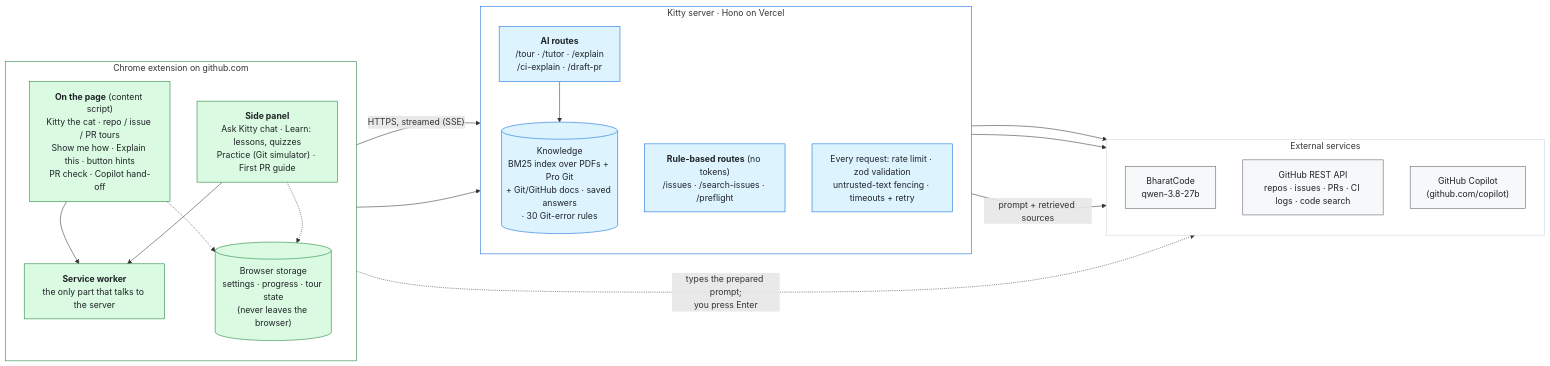
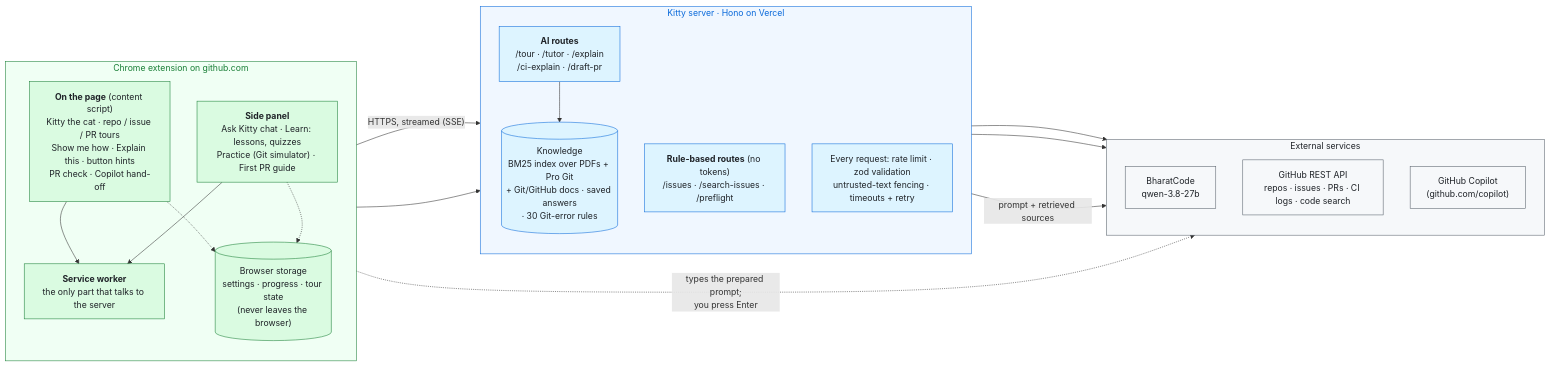
Before and after one commit to Krish6115/GitxGithub: the diagram in kitty/README.md, drawn with Mermaid.

Commit message:
docs: architecture diagram group titles visible in dark mode

````diff
--- a/kitty/README.md
+++ b/kitty/README.md
@@ -52,47 +52,47 @@
 ```mermaid
 flowchart LR
   subgraph EXT["Chrome extension on github.com"]
     direction TB
     CS["<b>On the page</b> (content script)<br/>Kitty the cat · repo / issue / PR tours<br/>Show me how · Explain this · button hints<br/>PR check · Copilot hand-off"]
     SP["<b>Side panel</b><br/>Ask Kitty chat · Learn: lessons, quizzes<br/>Practice (Git simulator) · First PR guide"]
     LOCAL[("Browser storage<br/>settings · progress · tour state<br/>(never leaves the browser)")]
     SW["<b>Service worker</b><br/>the only part that talks to the server"]
     CS --> SW
     SP --> SW
     CS -.-> LOCAL
     SP -.-> LOCAL
   end
 
   subgraph SRV["Kitty server · Hono on Vercel"]
     direction TB
     AI["<b>AI routes</b><br/>/tour · /tutor · /explain<br/>/ci-explain · /draft-pr"]
     RULES["<b>Rule-based routes</b> (no tokens)<br/>/issues · /search-issues · /preflight"]
     RAG[("Knowledge<br/>BM25 index over PDFs + Pro Git<br/>+ Git/GitHub docs · saved answers<br/>· 30 Git-error rules")]
     GUARD["Every request: rate limit · zod validation<br/>untrusted-text fencing · timeouts + retry"]
     AI --> RAG
   end
 
   subgraph OUT["External services"]
     direction TB
     BC["BharatCode<br/>qwen-3.8-27b"]
     GH["GitHub REST API<br/>repos · issues · PRs · CI logs · code search"]
     CP["GitHub Copilot<br/>(github.com/copilot)"]
   end
 
   SW -- "HTTPS, streamed (SSE)" --> AI
   SW --> RULES
   AI --> GH
   RULES --> GH
   AI -- "prompt + retrieved sources" --> BC
   CS -. "types the prepared prompt;<br/>you press Enter" .-> CP
 
   classDef ext fill:#dafbe1,stroke:#1a7f37,color:#1f2328
   classDef srv fill:#ddf4ff,stroke:#0969da,color:#1f2328
   classDef outside fill:#f6f8fa,stroke:#57606a,color:#1f2328
   class CS,SP,SW,LOCAL ext
   class AI,RULES,RAG,GUARD srv
   class GH,BC,CP outside
-  style OUT fill:#ffffff,stroke:#d0d7de
-  style EXT fill:#ffffff,stroke:#1a7f37
-  style SRV fill:#ffffff,stroke:#0969da
+  style OUT fill:#f6f8fa,stroke:#57606a,color:#1f2328
+  style EXT fill:#f0fff4,stroke:#1a7f37,color:#1a7f37
+  style SRV fill:#f0f7ff,stroke:#0969da,color:#0969da
 ```
````
